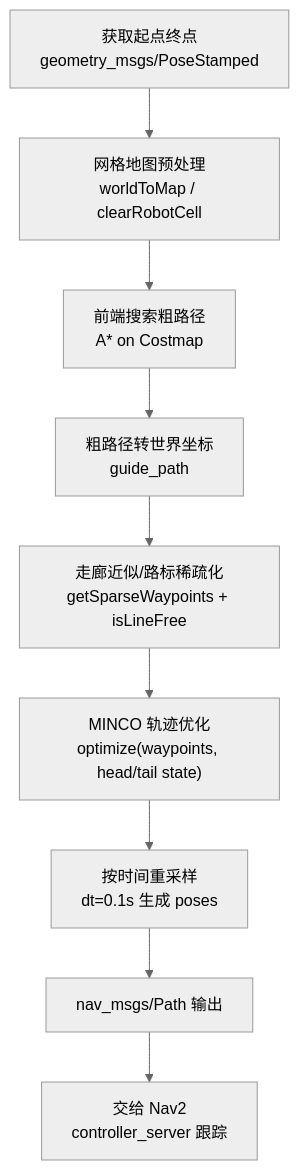
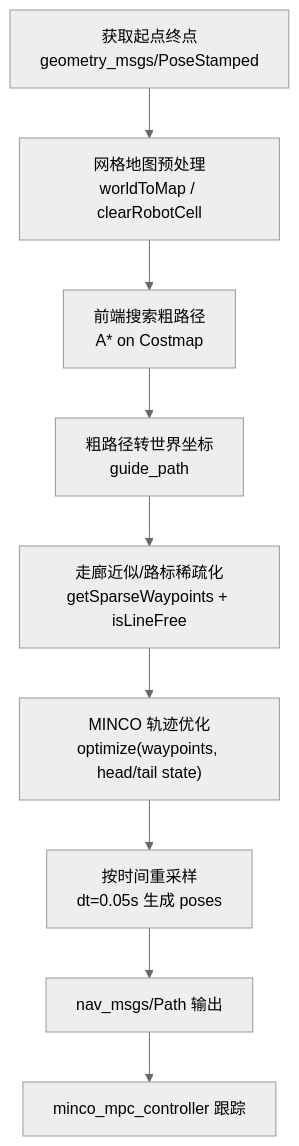
One commit to Walker152/navi_minco_bit changed the second of 3 diagrams in README.md. Above: the diagram before and after it, drawn with Mermaid (neutral theme). The commit also changed other lines of this file and 1 other file, not shown here.

````diff
--- a/README.md
+++ b/README.md
@@ -144,11 +185,11 @@
 ```mermaid
 graph TD
   S["获取起点终点<br/>geometry_msgs/PoseStamped"] --> M1["网格地图预处理<br/>worldToMap / clearRobotCell"]
   M1 --> F1["前端搜索粗路径<br/>A* on Costmap"]
   F1 --> SP["粗路径转世界坐标<br/>guide_path"]
   SP --> C["走廊近似/路标稀疏化<br/>getSparseWaypoints + isLineFree"]
   C --> O1["MINCO 轨迹优化<br/>optimize(waypoints, head/tail state)"]
-  O1 --> RES["按时间重采样<br/>dt=0.1s 生成 poses"]
+  O1 --> RES["按时间重采样<br/>dt=0.05s 生成 poses"]
   RES --> P["nav_msgs/Path 输出"]
-  P --> N["交给 Nav2<br/>controller_server 跟踪"]
+  P --> N["minco_mpc_controller 跟踪"]
 ```
````
